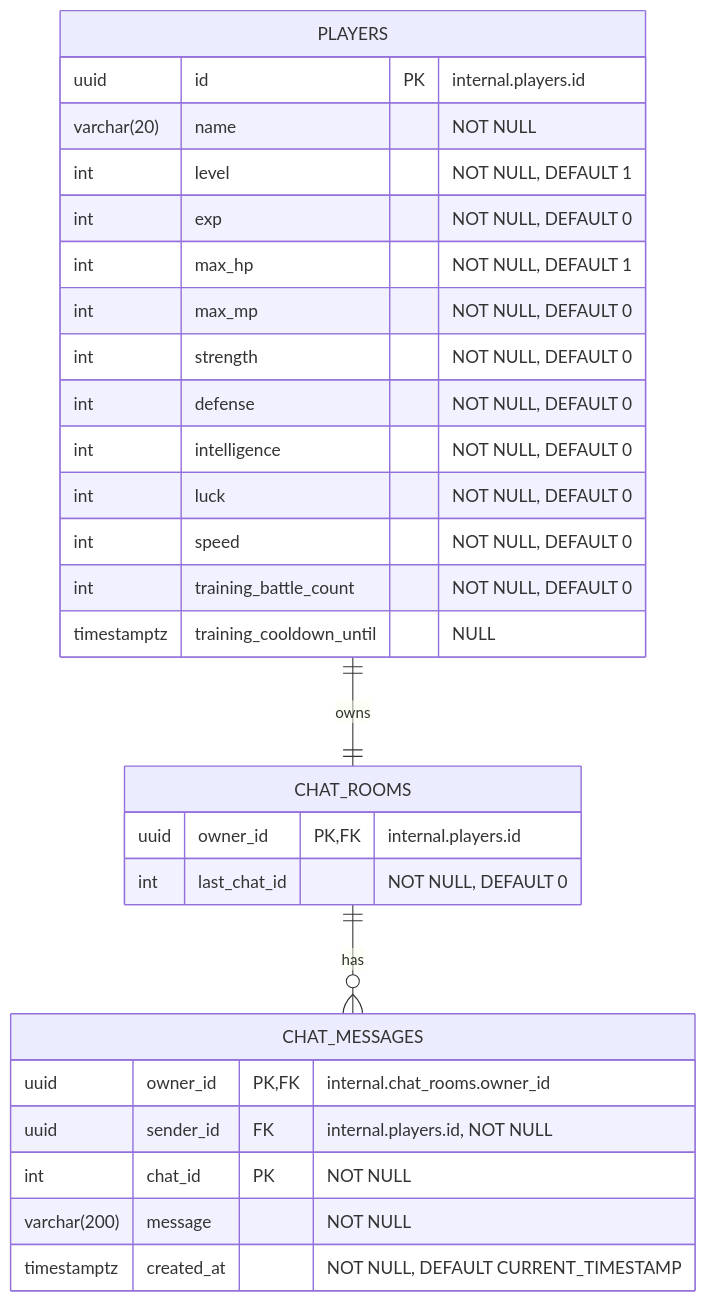
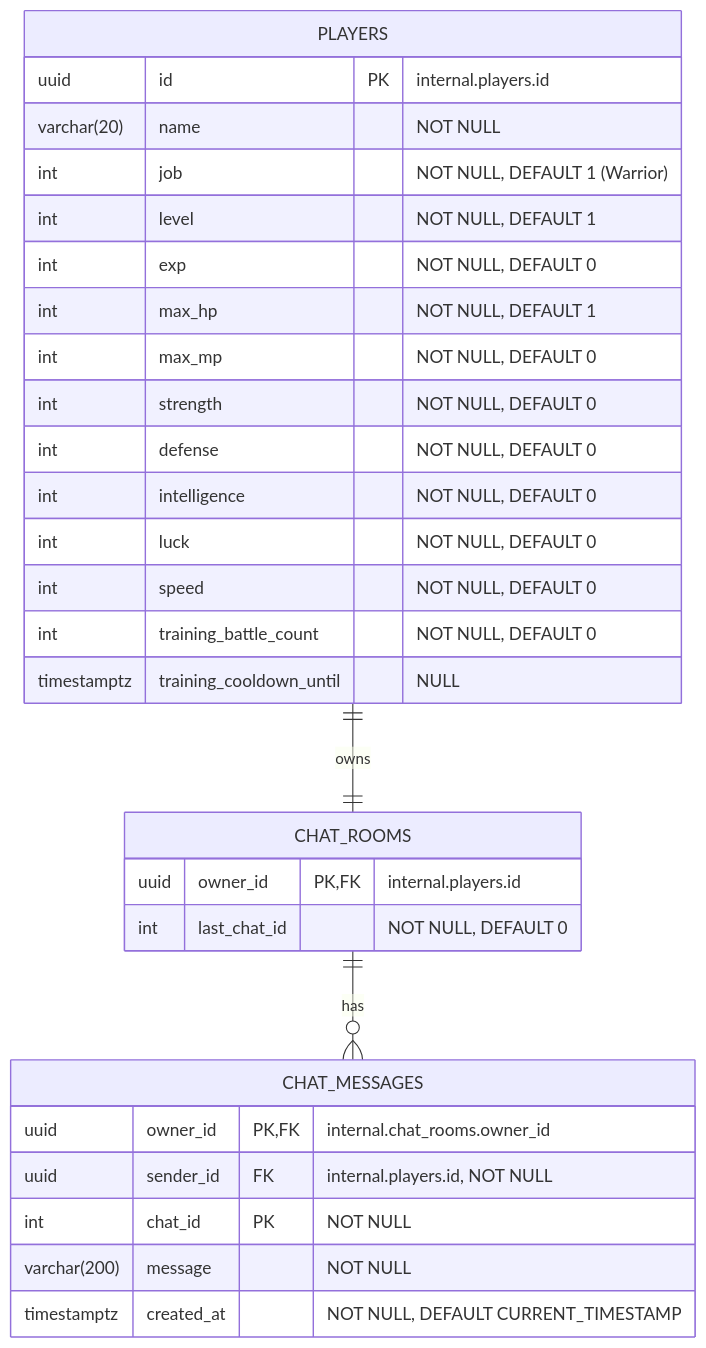
One commit to ayumu203/nisekue changed the diagram in docs/MMD02_ER図.mmd. Above: the diagram before and after it, drawn with Mermaid. The commit also changed 2 other files, not shown here.

```diff
--- a/docs/MMD02_ER図.mmd
+++ b/docs/MMD02_ER図.mmd
@@ -1,30 +1,31 @@
 erDiagram
     PLAYERS {
         uuid id PK "internal.players.id"
         varchar(20) name "NOT NULL"
+        int job "NOT NULL, DEFAULT 1 (Warrior)"
         int level "NOT NULL, DEFAULT 1"
         int exp "NOT NULL, DEFAULT 0"
         int max_hp "NOT NULL, DEFAULT 1"
         int max_mp "NOT NULL, DEFAULT 0"
         int strength "NOT NULL, DEFAULT 0"
         int defense "NOT NULL, DEFAULT 0"
         int intelligence "NOT NULL, DEFAULT 0"
         int luck "NOT NULL, DEFAULT 0"
         int speed "NOT NULL, DEFAULT 0"
         int training_battle_count "NOT NULL, DEFAULT 0"
         timestamptz training_cooldown_until "NULL"
     }
     CHAT_ROOMS {
         uuid owner_id PK, FK "internal.players.id"
         int last_chat_id "NOT NULL, DEFAULT 0"
     }
     CHAT_MESSAGES {
         uuid owner_id PK, FK "internal.chat_rooms.owner_id"
         uuid sender_id FK "internal.players.id, NOT NULL"
         int chat_id PK "NOT NULL"
         varchar(200) message "NOT NULL"
         timestamptz created_at "NOT NULL, DEFAULT CURRENT_TIMESTAMP"
     }
 
     PLAYERS ||--|| CHAT_ROOMS : owns
     CHAT_ROOMS ||--o{ CHAT_MESSAGES : has
```
